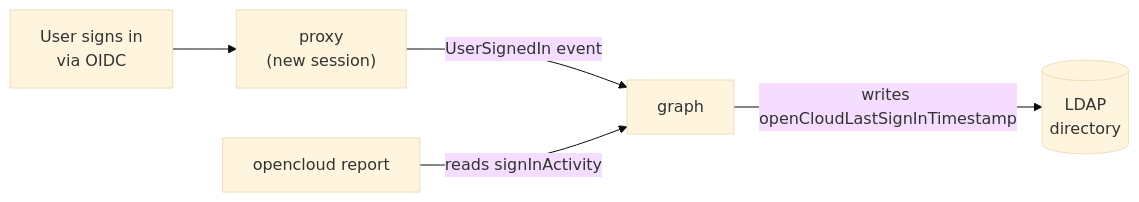
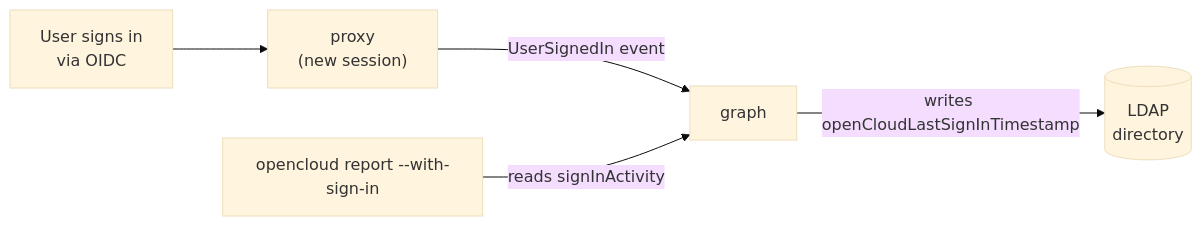
The diagram in docs/admin/maintenance/user-reporting.md (opencloud-eu/docs), drawn with Mermaid (base theme) before and after one commit. The commit also changed other lines of this file, not shown here.

First line of the commit message:
Describe the flipped default of the report command

````diff
--- a/docs/admin/maintenance/user-reporting.md
+++ b/docs/admin/maintenance/user-reporting.md
@@ -182,7 +174,7 @@
 ```mermaid
 graph LR
     User["User signs in<br>via OIDC"] --> Proxy["proxy<br>(new session)"]
     Proxy -->|"UserSignedIn event"| Graph["graph"]
     Graph -->|"writes openCloudLastSignInTimestamp"| LDAP[("LDAP<br>directory")]
-    Report["opencloud report"] -->|"reads signInActivity"| Graph
+    Report["opencloud report --with-sign-in"] -->|"reads signInActivity"| Graph
 ```
````
